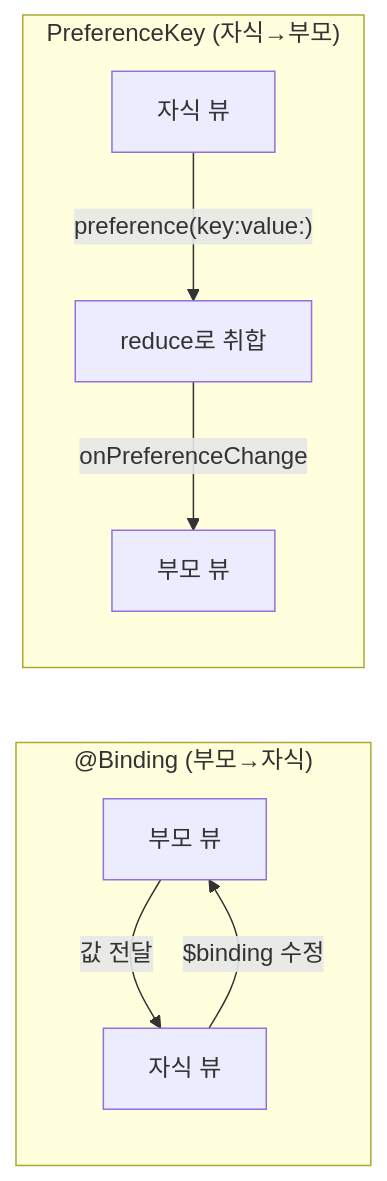
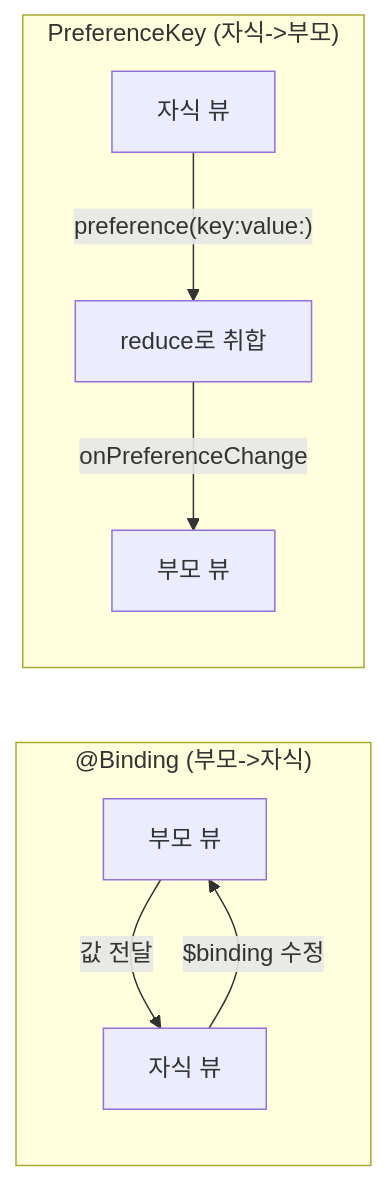
One commit to jsonpassion/forge-tutorial-swift changed the first of 4 diagrams in 11-advanced-swiftui/03-preference-geometry.md. Above: the diagram before and after it, drawn with Mermaid. The commit also changed other lines of this file and 69 other files, not shown here.

````diff
--- a/11-advanced-swiftui/03-preference-geometry.md
+++ b/11-advanced-swiftui/03-preference-geometry.md
@@ -23,11 +23,11 @@
 ```mermaid
 flowchart LR
-    subgraph 일반["@Binding (부모→자식)"]
+    subgraph 일반["@Binding (부모->자식)"]
         P1["부모 뷰"] -->|"값 전달"| C1["자식 뷰"]
         C1 -->|"$binding 수정"| P1
     end
-    subgraph 프리퍼런스["PreferenceKey (자식→부모)"]
+    subgraph 프리퍼런스["PreferenceKey (자식->부모)"]
         C2["자식 뷰"] -->|"preference(key:value:)"| R["reduce로 취합"]
         R -->|"onPreferenceChange"| P2["부모 뷰"]
     end
 ```
````
